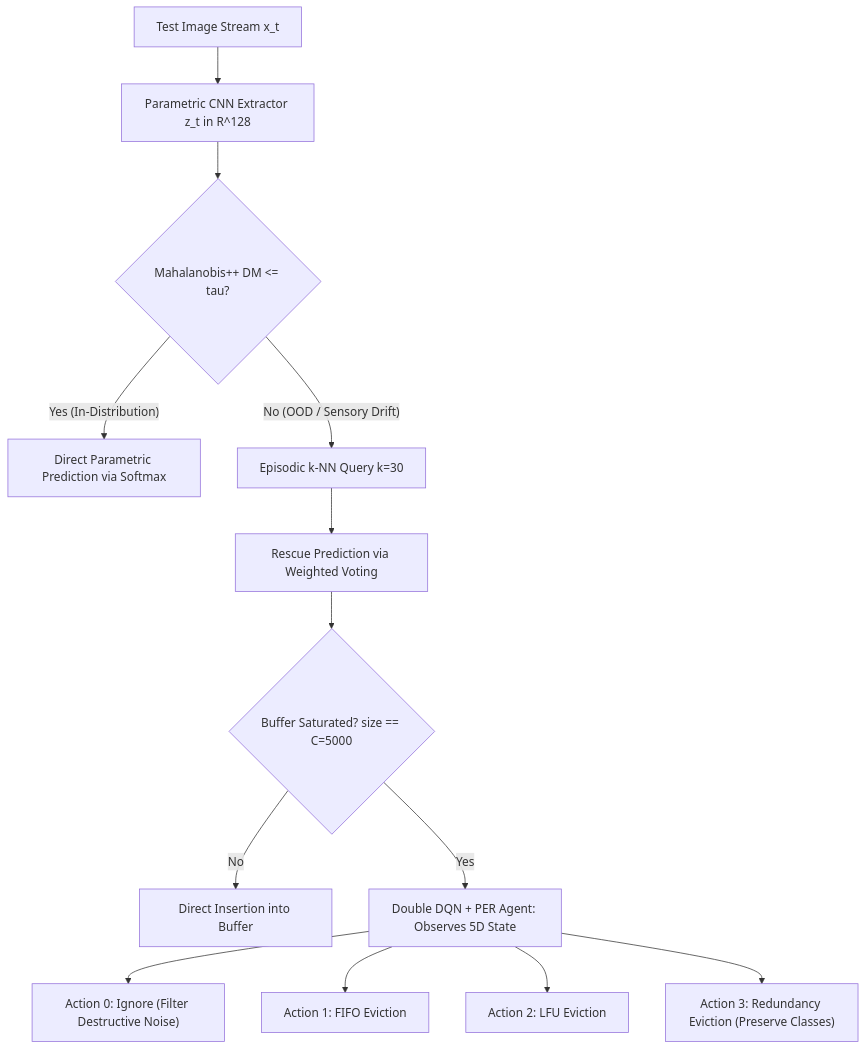
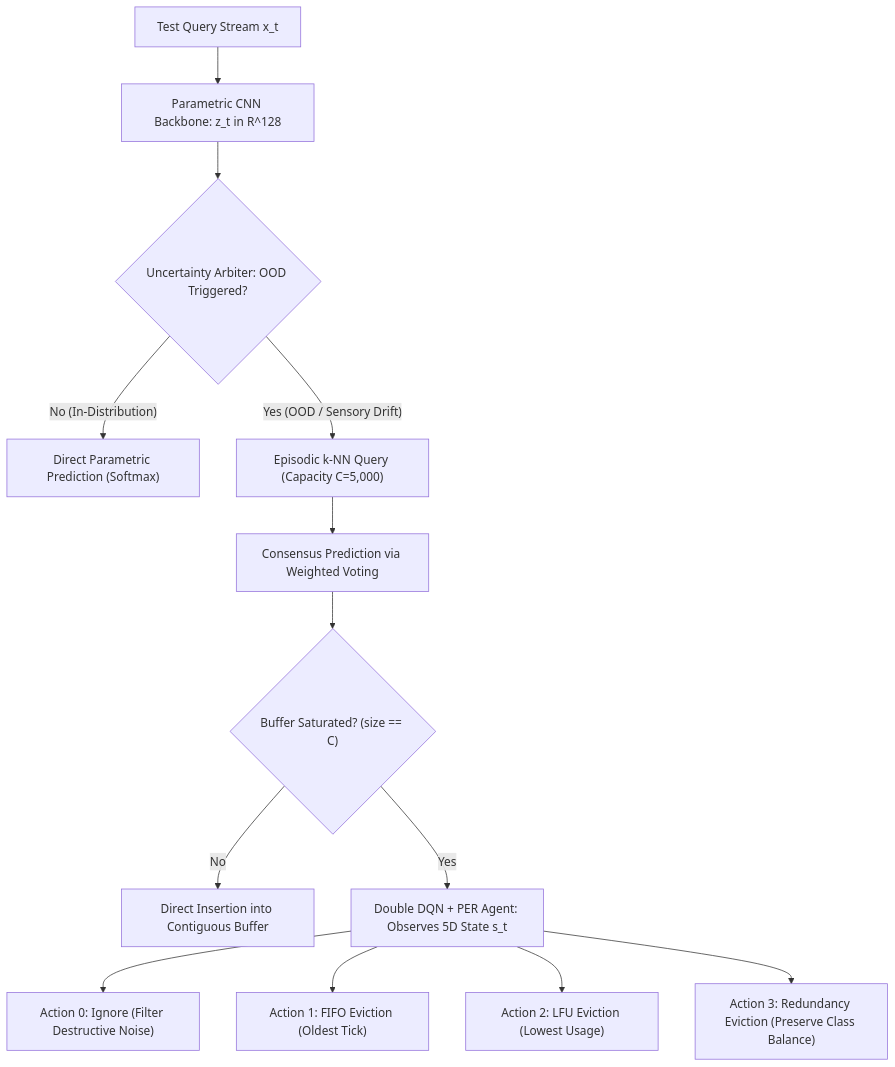
One commit to Santiago-1211173/projeto-cnn changed the diagram in docs/results/literature-validation.md. Above: the diagram before and after it, drawn with Mermaid. The commit also changed other lines of this file and 18 other files, not shown here.

Commit message:
docs: add comprehensive documentation and architecture guides for CIFAR-100 implementation

````diff
--- a/docs/results/literature-validation.md
+++ b/docs/results/literature-validation.md
@@ -39,19 +52,19 @@
 ```mermaid
 flowchart TD
-    In["Test Image Stream x_t"] --> CNN["Parametric CNN Extractor z_t in R^128"]
-    CNN --> DM{"Mahalanobis++ DM <= tau?"}
+    In["Test Query Stream x_t"] --> CNN["Parametric CNN Backbone: z_t in R^128"]
+    CNN --> Arbiter{"Uncertainty Arbiter: OOD Triggered?"}
 
-    DM -- "Yes (In-Distribution)" --> PredParam["Direct Parametric Prediction via Softmax"]
-    DM -- "No (OOD / Sensory Drift)" --> KNN["Episodic k-NN Query k=30"]
+    Arbiter -- "No (In-Distribution)" --> PredParam["Direct Parametric Prediction (Softmax)"]
+    Arbiter -- "Yes (OOD / Sensory Drift)" --> KNN["Episodic k-NN Query (Capacity C=5,000)"]
 
-    KNN --> Rescue["Rescue Prediction via Weighted Voting"]
-    Rescue --> Eval{"Buffer Saturated? size == C=5000"}
+    KNN --> Rescue["Consensus Prediction via Weighted Voting"]
+    Rescue --> Eval{"Buffer Saturated? (size == C)"}
 
-    Eval -- "No" --> Insert["Direct Insertion into Buffer"]
-    Eval -- "Yes" --> AgentRL["Double DQN + PER Agent: Observes 5D State"]
+    Eval -- "No" --> Insert["Direct Insertion into Contiguous Buffer"]
+    Eval -- "Yes" --> AgentRL["Double DQN + PER Agent: Observes 5D State s_t"]
 
     AgentRL --> A0["Action 0: Ignore (Filter Destructive Noise)"]
-    AgentRL --> A1["Action 1: FIFO Eviction"]
-    AgentRL --> A2["Action 2: LFU Eviction"]
-    AgentRL --> A3["Action 3: Redundancy Eviction (Preserve Classes)"]
+    AgentRL --> A1["Action 1: FIFO Eviction (Oldest Tick)"]
+    AgentRL --> A2["Action 2: LFU Eviction (Lowest Usage)"]
+    AgentRL --> A3["Action 3: Redundancy Eviction (Preserve Class Balance)"]
 ```
````
